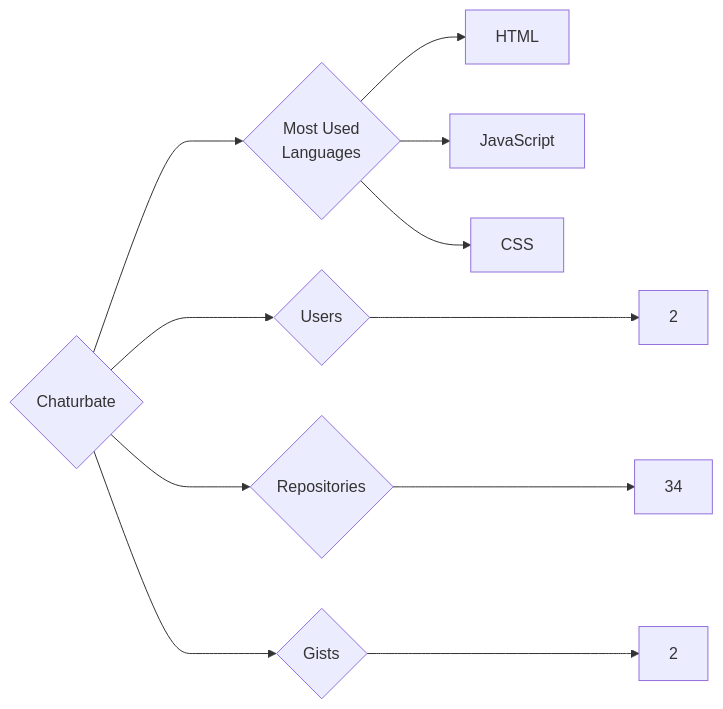
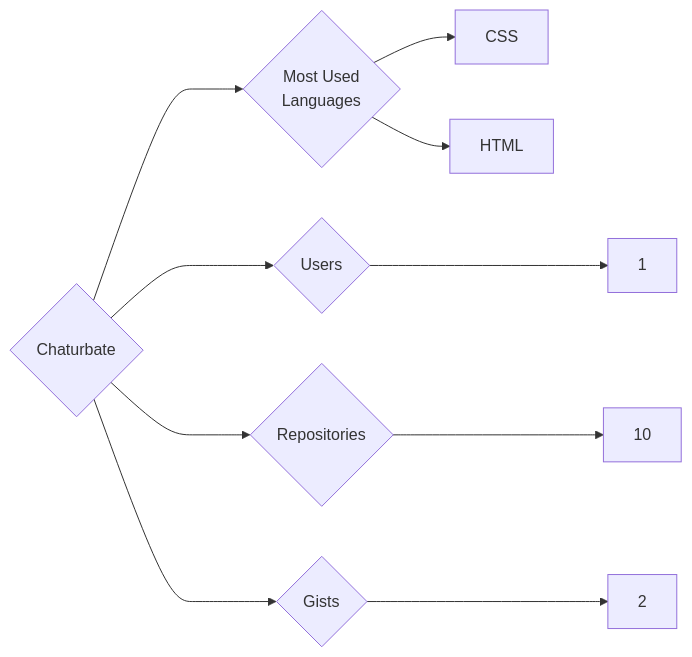
The diagram in targets/Chaturbate/README.md (trickest/insiders), drawn with Mermaid before and after one commit. The commit also changed 721 other files, not shown here.

````diff
--- a/targets/Chaturbate/README.md
+++ b/targets/Chaturbate/README.md
@@ -3,11 +3,10 @@
 ```mermaid
 graph LR
 COMPANY_NAME{Chaturbate}
-COMPANY_NAME ---> U{Users} ---> UN[2]
-COMPANY_NAME ---> R{Repositories} ---> RN[34]
+COMPANY_NAME ---> U{Users} ---> UN[1]
+COMPANY_NAME ---> R{Repositories} ---> RN[10]
 COMPANY_NAME ---> G{Gists} ---> GN[2]
 COMPANY_NAME ---> ML{Most Used<br>Languages}
+ML --> CSS[CSS]
 ML --> HTML[HTML]
-ML --> JavaScript[JavaScript]
-ML --> CSS[CSS]
 ```
````
